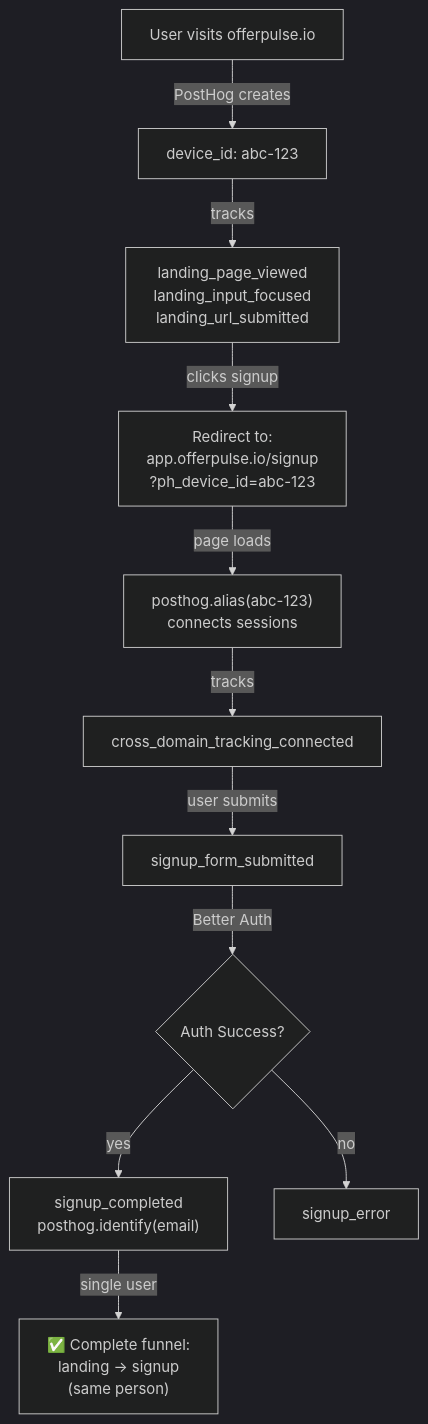
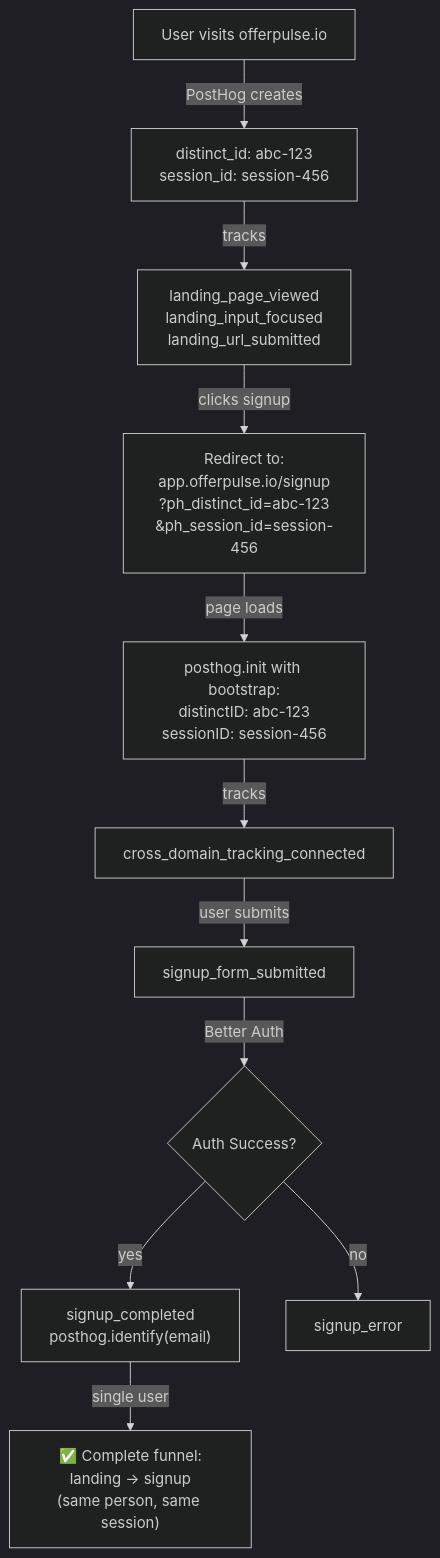
The diagram in docs/posthog/POSTHOG_FIX_SUMMARY.md (Omnicentra/offerpulse), drawn with Mermaid (dark theme) before and after one commit. The commit also changed other lines of this file and 13 other files, not shown here.

First line of the commit message:
feat: Implement cross-domain tracking using bootstrap approach

````diff
--- a/docs/posthog/POSTHOG_FIX_SUMMARY.md
+++ b/docs/posthog/POSTHOG_FIX_SUMMARY.md
@@ -65,13 +73,13 @@
 ```mermaid
 flowchart TD
-    Start[User visits offerpulse.io] -->|PostHog creates| DeviceID["device_id: abc-123"]
-    DeviceID -->|tracks| Landing["landing_page_viewed<br/>landing_input_focused<br/>landing_url_submitted"]
-    Landing -->|clicks signup| Redirect["Redirect to:<br/>app.offerpulse.io/signup<br/>?ph_device_id=abc-123"]
-    Redirect -->|page loads| Alias["posthog.alias(abc-123)<br/>connects sessions"]
-    Alias -->|tracks| CrossDomain["cross_domain_tracking_connected"]
+    Start[User visits offerpulse.io] -->|PostHog creates| IDs["distinct_id: abc-123<br/>session_id: session-456"]
+    IDs -->|tracks| Landing["landing_page_viewed<br/>landing_input_focused<br/>landing_url_submitted"]
+    Landing -->|clicks signup| Redirect["Redirect to:<br/>app.offerpulse.io/signup<br/>?ph_distinct_id=abc-123<br/>&ph_session_id=session-456"]
+    Redirect -->|page loads| Bootstrap["posthog.init with bootstrap:<br/>distinctID: abc-123<br/>sessionID: session-456"]
+    Bootstrap -->|tracks| CrossDomain["cross_domain_tracking_connected"]
     CrossDomain -->|user submits| Signup["signup_form_submitted"]
     Signup -->|Better Auth| Auth{Auth Success?}
     Auth -->|yes| Success["signup_completed<br/>posthog.identify(email)"]
     Auth -->|no| Error["signup_error"]
-    Success -->|single user| Complete["✅ Complete funnel:<br/>landing → signup<br/>(same person)"]
+    Success -->|single user| Complete["✅ Complete funnel:<br/>landing → signup<br/>(same person, same session)"]
 ```
````
